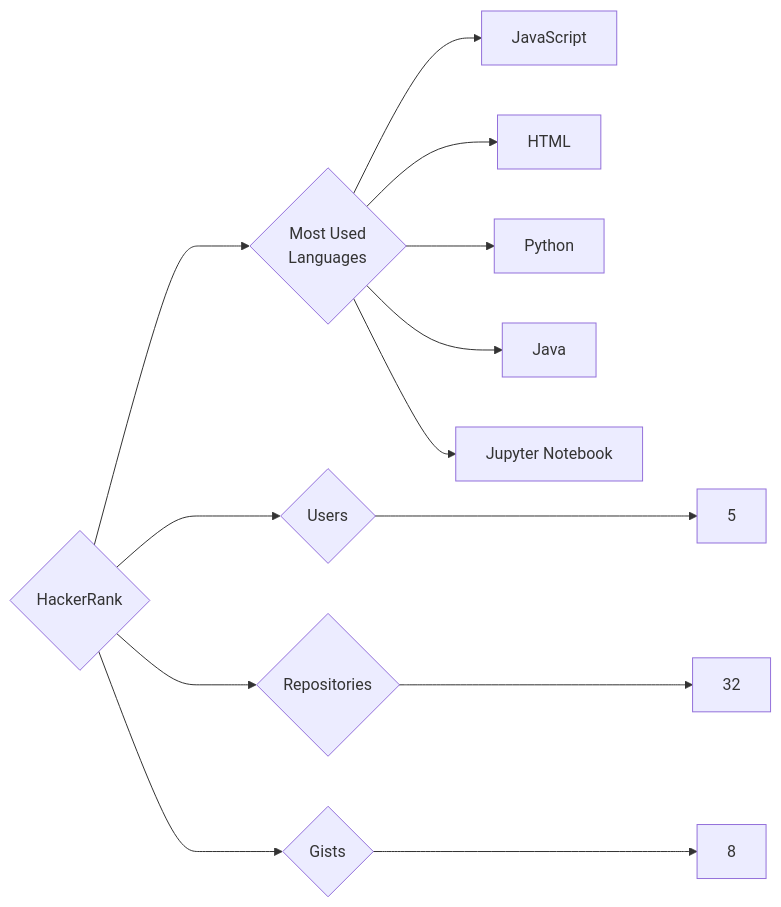
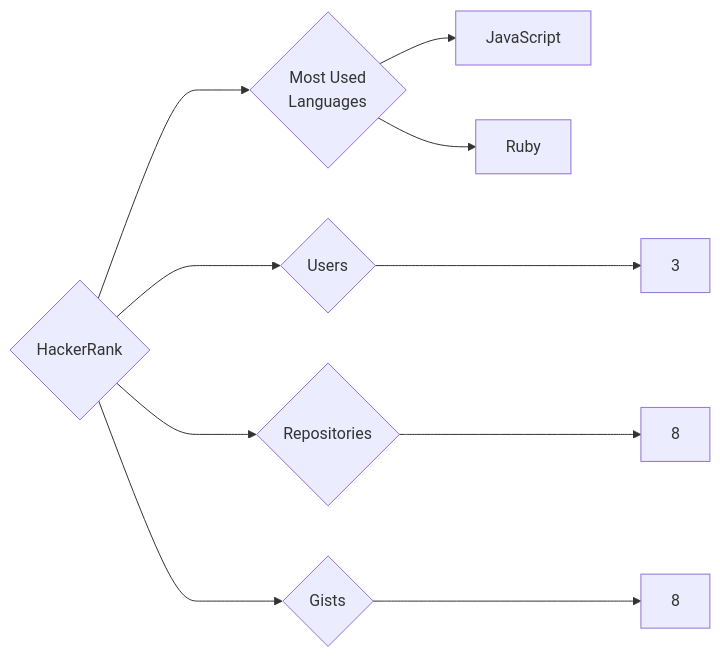
The diagram in targets/HackerRank/README.md (trickest/insiders), drawn with Mermaid before and after one commit. The commit also changed 878 other files, not shown here.

````diff
--- a/targets/HackerRank/README.md
+++ b/targets/HackerRank/README.md
@@ -3,13 +3,10 @@
 ```mermaid
 graph LR
 COMPANY_NAME{HackerRank}
-COMPANY_NAME ---> U{Users} ---> UN[5]
-COMPANY_NAME ---> R{Repositories} ---> RN[32]
+COMPANY_NAME ---> U{Users} ---> UN[3]
+COMPANY_NAME ---> R{Repositories} ---> RN[8]
 COMPANY_NAME ---> G{Gists} ---> GN[8]
 COMPANY_NAME ---> ML{Most Used<br>Languages}
 ML --> JavaScript[JavaScript]
-ML --> HTML[HTML]
-ML --> Python[Python]
-ML --> Java[Java]
-ML --> Jupyter_Notebook[Jupyter Notebook]
+ML --> Ruby[Ruby]
 ```
````
